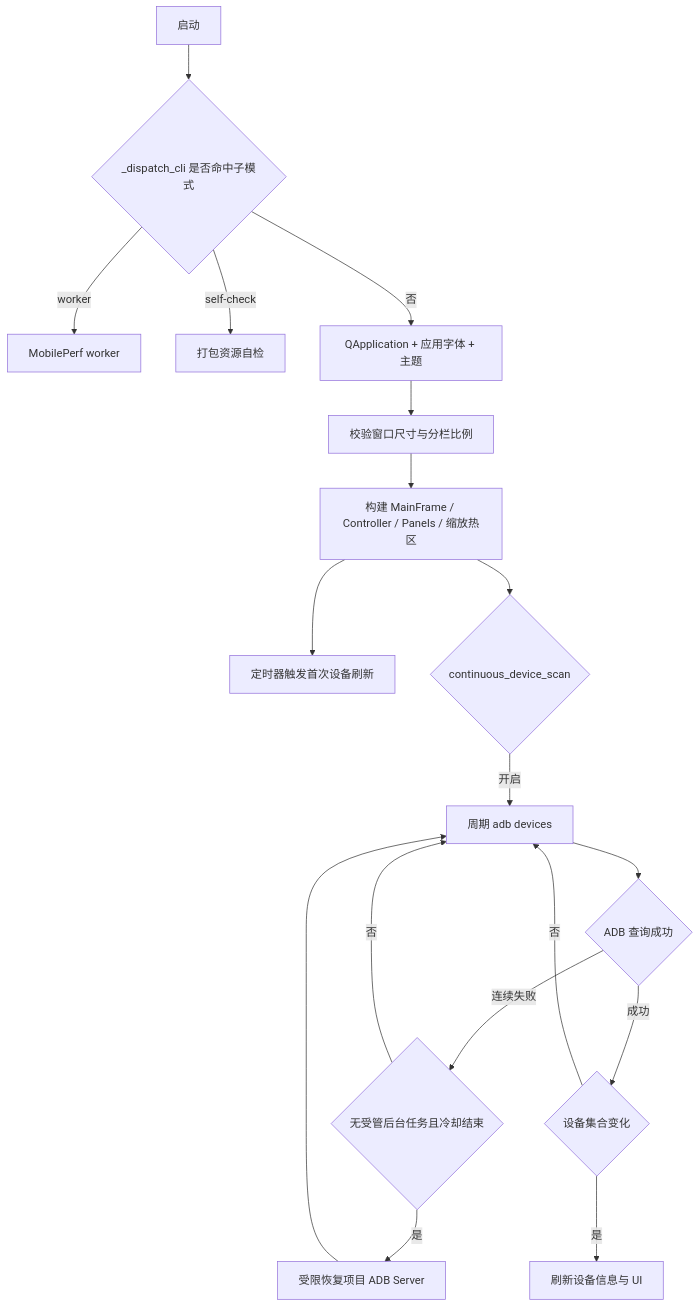
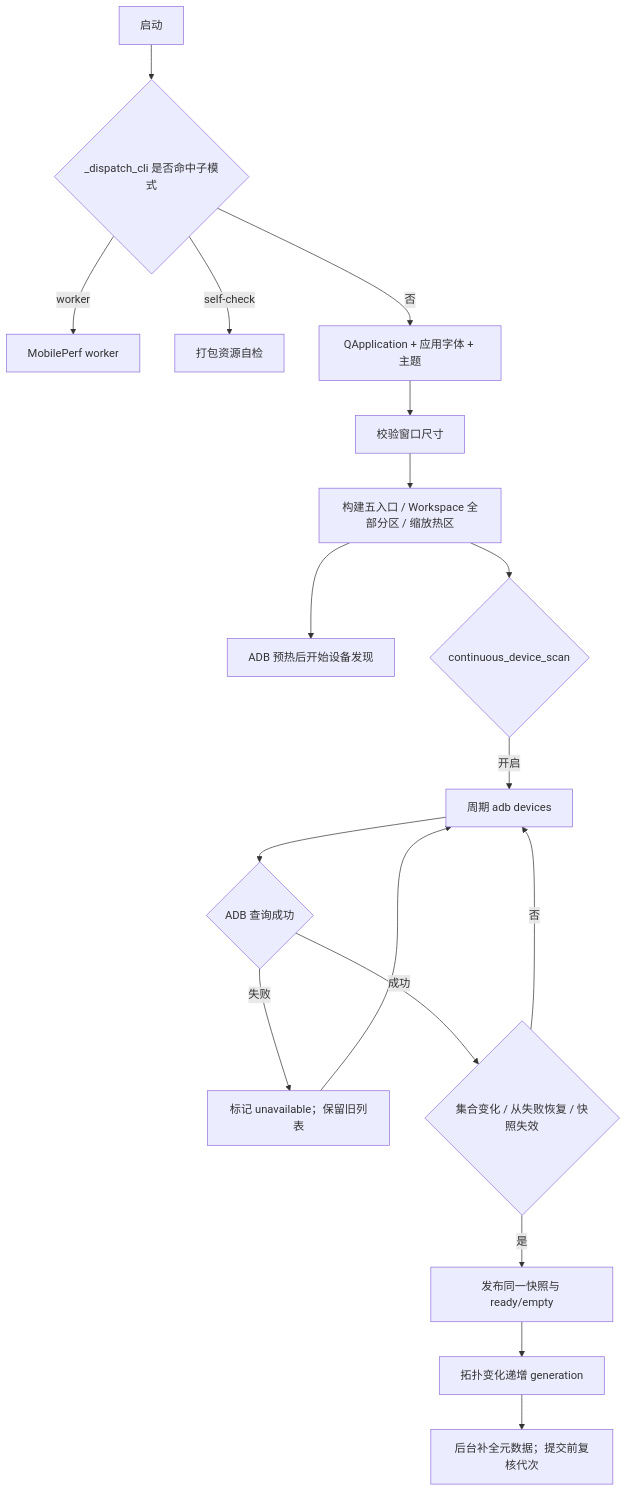
One commit to BlackHu-art/ADBLab changed the first of 6 diagrams in docs/project-knowledge/BUSINESS_FLOW.md. Above: the diagram before and after it, drawn with Mermaid. The commit also changed other lines of this file and 112 other files, not shown here.

````diff
--- a/docs/project-knowledge/BUSINESS_FLOW.md
+++ b/docs/project-knowledge/BUSINESS_FLOW.md
@@ -21,20 +21,20 @@
 ```mermaid
 flowchart TD
     Start["启动"] --> CLI{"_dispatch_cli 是否命中子模式"}
     CLI -->|"worker"| MP["MobilePerf worker"]
     CLI -->|"self-check"| Check["打包资源自检"]
     CLI -->|"否"| Qt["QApplication + 应用字体 + 主题"]
-    Qt --> Layout["校验窗口尺寸与分栏比例"]
-    Layout --> Frame["构建 MainFrame / Controller / Panels / 缩放热区"]
-    Frame --> Initial["定时器触发首次设备刷新"]
+    Qt --> Layout["校验窗口尺寸"]
+    Layout --> Frame["构建五入口 / Workspace 全部分区 / 缩放热区"]
+    Frame --> Initial["ADB 预热后开始设备发现"]
     Frame --> Scan{"continuous_device_scan"}
     Scan -->|"开启"| Poll["周期 adb devices"]
     Poll --> Healthy{"ADB 查询成功"}
-    Healthy -->|"连续失败"| Recover{"无受管后台任务且冷却结束"}
-    Recover -->|"是"| Restart["受限恢复项目 ADB Server"]
-    Restart --> Poll
-    Recover -->|"否"| Poll
-    Healthy -->|"成功"| Changed{"设备集合变化"}
-    Changed -->|"是"| Refresh["刷新设备信息与 UI"]
-    Changed -->|"否"| Poll
+    Healthy -->|"失败"| Unavailable["标记 unavailable；保留旧列表"]
+    Unavailable --> Poll
+    Healthy -->|"成功"| Publish{"集合变化 / 从失败恢复 / 快照失效"}
+    Publish -->|"是"| Refresh["发布同一快照与 ready/empty"]
+    Refresh --> Generation["拓扑变化递增 generation"]
+    Generation --> Metadata["后台补全元数据；提交前复核代次"]
+    Publish -->|"否"| Poll
 ```
````
